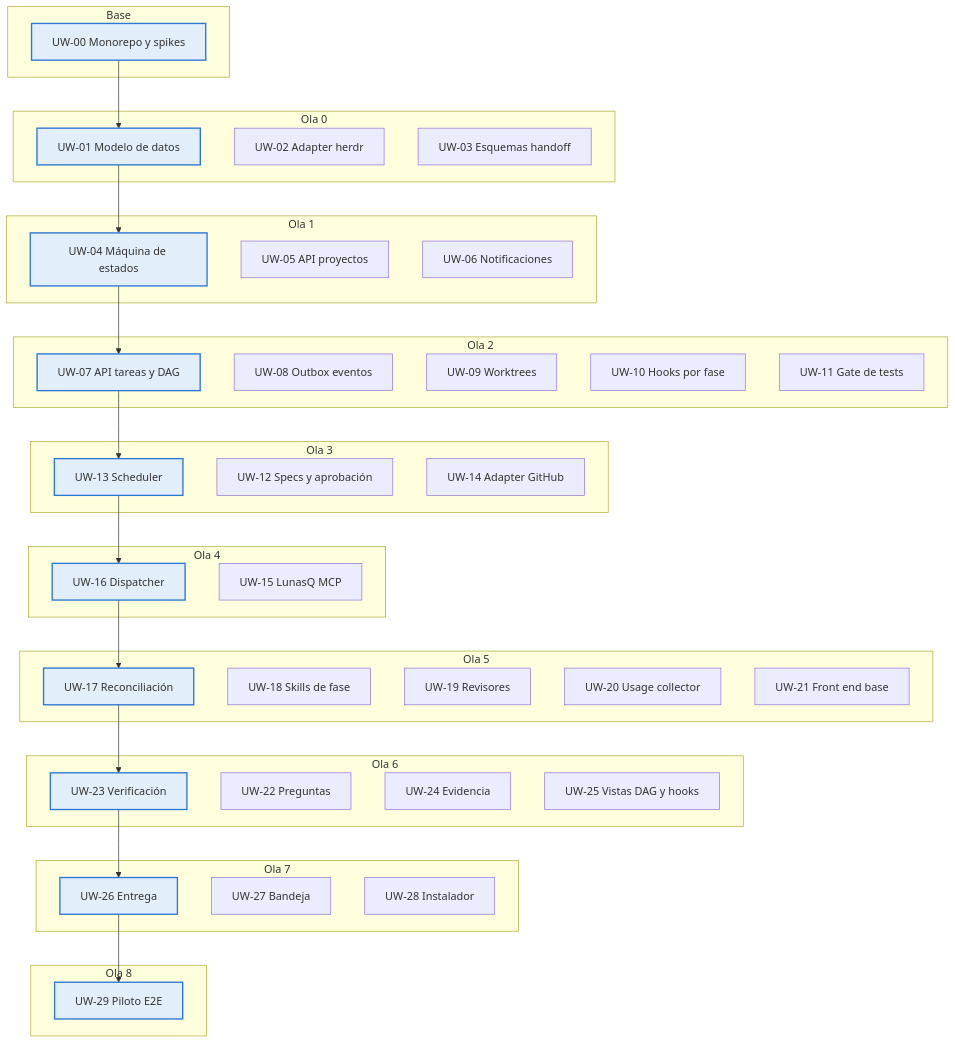
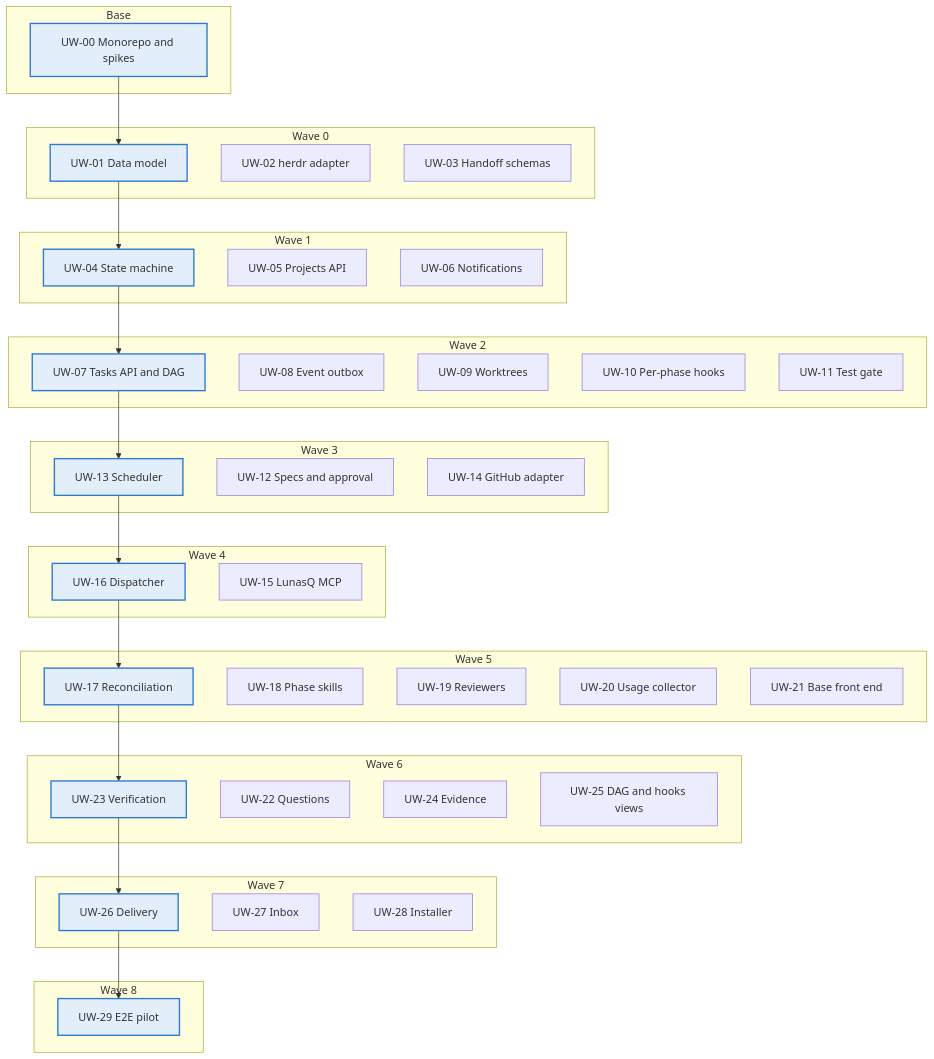
Before and after one commit to sergiowero/lunas-queue: the diagram in docs/archive/units-of-work.md, drawn with Mermaid. The commit also changed other lines of this file and 568 other files, not shown here.

````diff
--- a/docs/archive/units-of-work.md
+++ b/docs/archive/units-of-work.md
@@ -16,56 +16,56 @@
 ```mermaid
 flowchart TB
     classDef critical fill:#e3eefb,stroke:#2c78d4,stroke-width:2px
     subgraph B["Base"]
-        U00["UW-00 Monorepo y spikes"]
+        U00["UW-00 Monorepo and spikes"]
     end
-    subgraph O0["Ola 0"]
-        U01["UW-01 Modelo de datos"]
-        U02["UW-02 Adapter herdr"]
-        U03["UW-03 Esquemas handoff"]
+    subgraph O0["Wave 0"]
+        U01["UW-01 Data model"]
+        U02["UW-02 herdr adapter"]
+        U03["UW-03 Handoff schemas"]
     end
-    subgraph O1["Ola 1"]
-        U04["UW-04 Máquina de estados"]
-        U05["UW-05 API proyectos"]
-        U06["UW-06 Notificaciones"]
+    subgraph O1["Wave 1"]
+        U04["UW-04 State machine"]
+        U05["UW-05 Projects API"]
+        U06["UW-06 Notifications"]
     end
-    subgraph O2["Ola 2"]
-        U07["UW-07 API tareas y DAG"]
-        U08["UW-08 Outbox eventos"]
+    subgraph O2["Wave 2"]
+        U07["UW-07 Tasks API and DAG"]
+        U08["UW-08 Event outbox"]
         U09["UW-09 Worktrees"]
-        U10["UW-10 Hooks por fase"]
-        U11["UW-11 Gate de tests"]
+        U10["UW-10 Per-phase hooks"]
+        U11["UW-11 Test gate"]
     end
-    subgraph O3["Ola 3"]
+    subgraph O3["Wave 3"]
         U13["UW-13 Scheduler"]
-        U12["UW-12 Specs y aprobación"]
-        U14["UW-14 Adapter GitHub"]
+        U12["UW-12 Specs and approval"]
+        U14["UW-14 GitHub adapter"]
     end
-    subgraph O4["Ola 4"]
+    subgraph O4["Wave 4"]
         U16["UW-16 Dispatcher"]
         U15["UW-15 LunasQ MCP"]
     end
-    subgraph O5["Ola 5"]
-        U17["UW-17 Reconciliación"]
-        U18["UW-18 Skills de fase"]
-        U19["UW-19 Revisores"]
+    subgraph O5["Wave 5"]
+        U17["UW-17 Reconciliation"]
+        U18["UW-18 Phase skills"]
+        U19["UW-19 Reviewers"]
         U20["UW-20 Usage collector"]
-        U21["UW-21 Front end base"]
+        U21["UW-21 Base front end"]
     end
-    subgraph O6["Ola 6"]
-        U23["UW-23 Verificación"]
-        U22["UW-22 Preguntas"]
-        U24["UW-24 Evidencia"]
-        U25["UW-25 Vistas DAG y hooks"]
+    subgraph O6["Wave 6"]
+        U23["UW-23 Verification"]
+        U22["UW-22 Questions"]
+        U24["UW-24 Evidence"]
+        U25["UW-25 DAG and hooks views"]
     end
-    subgraph O7["Ola 7"]
-        U26["UW-26 Entrega"]
-        U27["UW-27 Bandeja"]
-        U28["UW-28 Instalador"]
+    subgraph O7["Wave 7"]
+        U26["UW-26 Delivery"]
+        U27["UW-27 Inbox"]
+        U28["UW-28 Installer"]
     end
-    subgraph O8["Ola 8"]
-        U29["UW-29 Piloto E2E"]
+    subgraph O8["Wave 8"]
+        U29["UW-29 E2E pilot"]
     end
     U00 --> U01 --> U04 --> U07 --> U13 --> U16 --> U17 --> U23 --> U26 --> U29
     class U00,U01,U04,U07,U13,U16,U17,U23,U26,U29 critical
 ```
````
